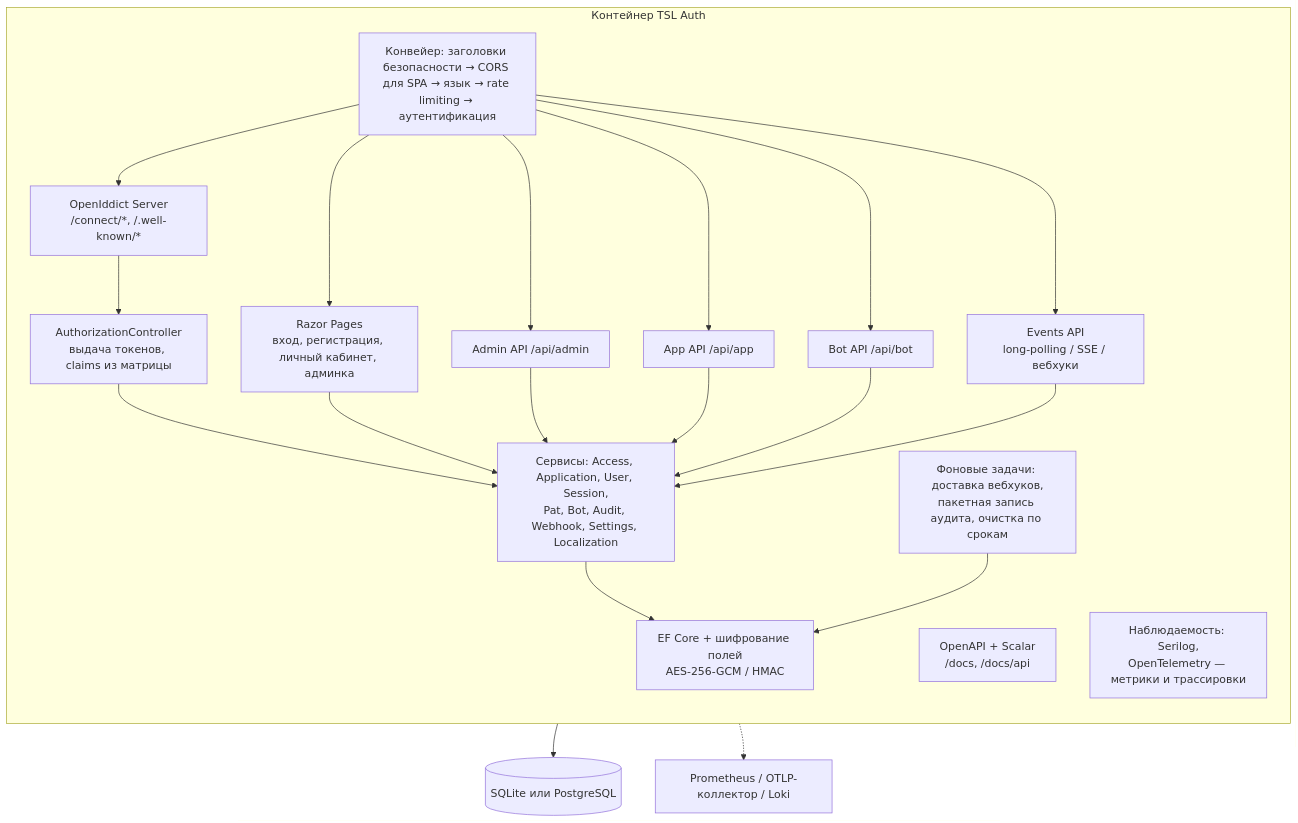
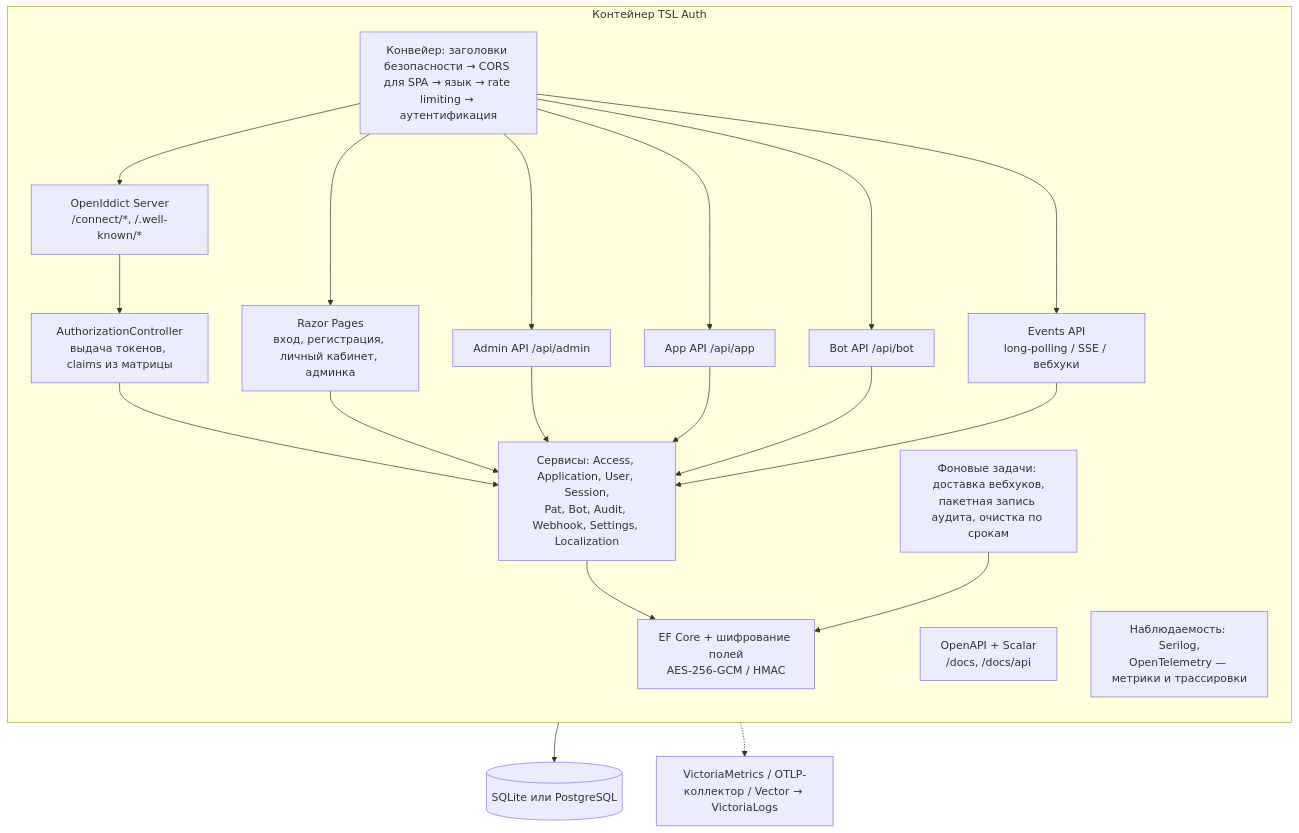
Before and after one commit to akprof2000/tsl-auth: the first of 6 diagrams in docs/architecture.md, drawn with Mermaid. The commit also changed other lines of this file and 37 other files, not shown here.

First line of the commit message:
Мониторинг на Victoria: VictoriaMetrics, VictoriaLogs, VictoriaTraces; логи — stdout + Vector через Docker socket

````diff
--- a/docs/architecture.md
+++ b/docs/architecture.md
@@ -5,28 +5,28 @@
 ```mermaid
 flowchart TB
     subgraph Контейнер TSL Auth
         direction TB
         MW[Конвейер: заголовки безопасности → CORS для SPA → язык → rate limiting → аутентификация]
         OIDC[OpenIddict Server<br/>/connect/*, /.well-known/*]
         CTRL[AuthorizationController<br/>выдача токенов, claims из матрицы]
         UI[Razor Pages<br/>вход, регистрация, личный кабинет, админка]
         ADMIN[Admin API /api/admin]
         APP[App API /api/app]
         BOT[Bot API /api/bot]
         EVT[Events API<br/>long-polling / SSE / вебхуки]
         DOCS[OpenAPI + Scalar<br/>/docs, /docs/api]
         SVC[Сервисы: Access, Application, User, Session,<br/>Pat, Bot, Audit, Webhook, Settings, Localization]
         BG[Фоновые задачи: доставка вебхуков,<br/>пакетная запись аудита, очистка по срокам]
         EF[EF Core + шифрование полей<br/>AES-256-GCM / HMAC]
         OBS[Наблюдаемость: Serilog,<br/>OpenTelemetry — метрики и трассировки]
     end
     DB[(SQLite или PostgreSQL)]
-    MON[Prometheus / OTLP-коллектор / Loki]
+    MON[VictoriaMetrics / OTLP-коллектор / Vector → VictoriaLogs]
 
     MW --> OIDC --> CTRL --> SVC
     MW --> UI --> SVC
     MW --> ADMIN & APP & BOT & EVT --> SVC
     SVC --> EF --> DB
     BG --> EF
     OBS -.-> MON
 ```
````
